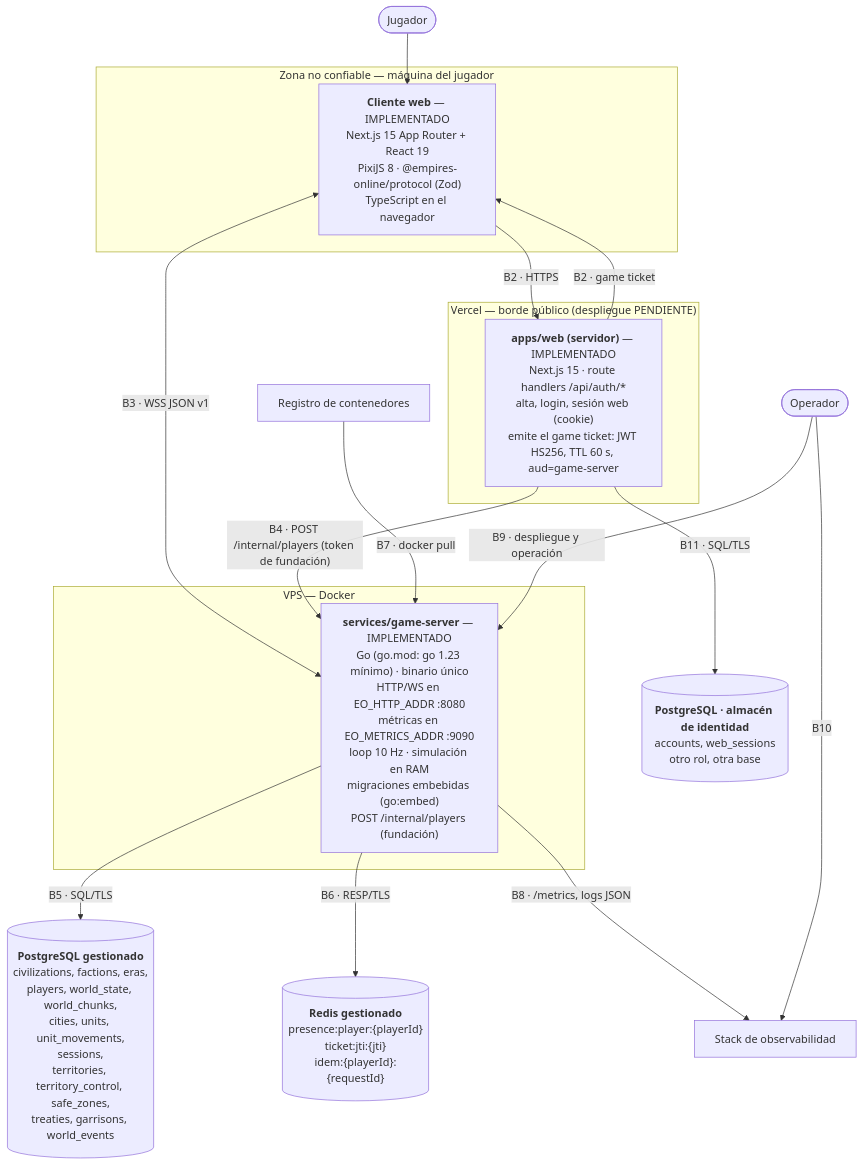
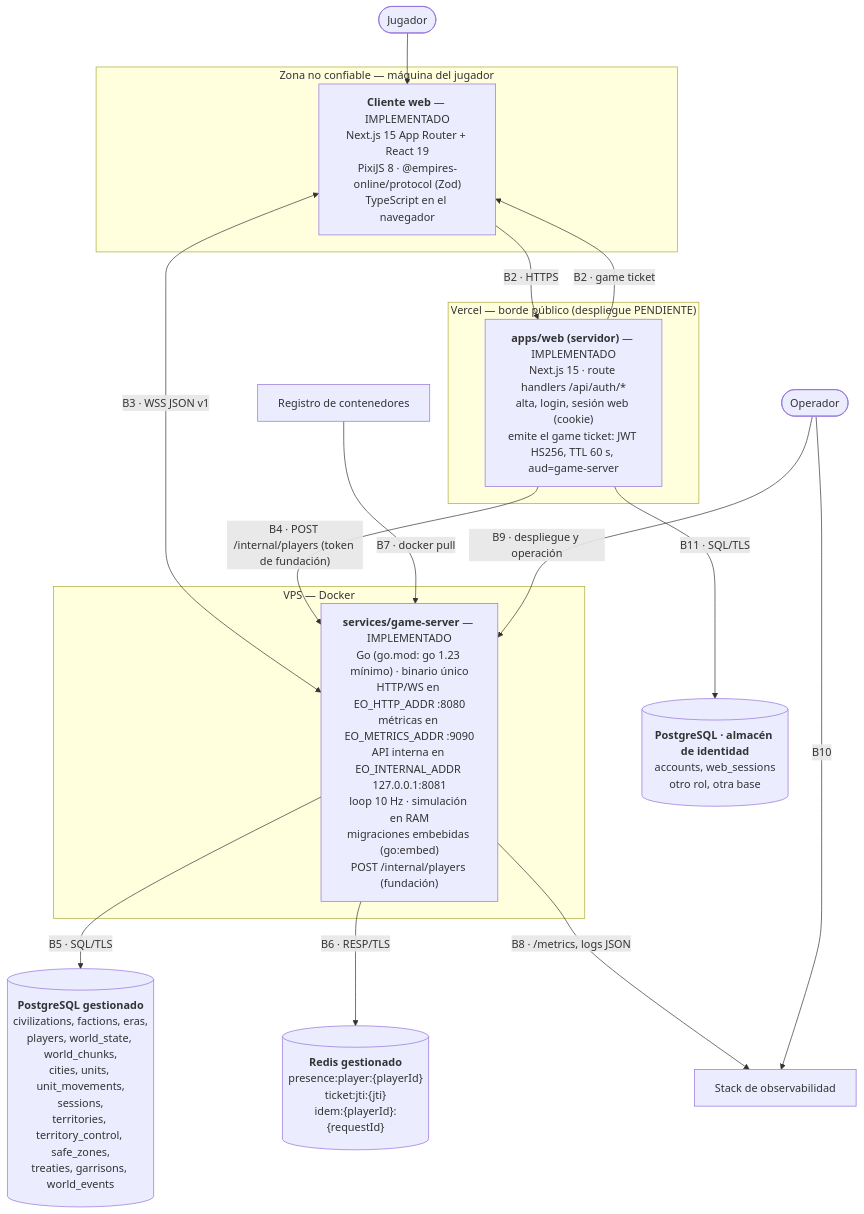
Before and after one commit to sonetlumiere-code/empires-online: the second of 2 diagrams in docs/architecture/system-context.md, drawn with Mermaid. The commit also changed 15 other files, not shown here.

````diff
--- a/docs/architecture/system-context.md
+++ b/docs/architecture/system-context.md
@@ -64,36 +64,36 @@
 ```mermaid
 flowchart TB
     PLAYER(["Jugador"])
     OPERATOR(["Operador"])
 
     subgraph untrusted["Zona no confiable — máquina del jugador"]
         SPA["<b>Cliente web</b> — IMPLEMENTADO<br/>Next.js 15 App Router + React 19<br/>PixiJS 8 · @empires-online/protocol (Zod)<br/>TypeScript en el navegador"]
     end
 
     subgraph edge["Vercel — borde público (despliegue PENDIENTE)"]
         NEXT["<b>apps/web (servidor)</b> — IMPLEMENTADO<br/>Next.js 15 · route handlers /api/auth/*<br/>alta, login, sesión web (cookie)<br/>emite el game ticket: JWT HS256, TTL 60 s, aud=game-server"]
     end
 
     subgraph vps["VPS — Docker"]
-        GS["<b>services/game-server</b> — IMPLEMENTADO<br/>Go (go.mod: go 1.23 mínimo) · binario único<br/>HTTP/WS en EO_HTTP_ADDR :8080<br/>métricas en EO_METRICS_ADDR :9090<br/>loop 10 Hz · simulación en RAM<br/>migraciones embebidas (go:embed)<br/>POST /internal/players (fundación)"]
+        GS["<b>services/game-server</b> — IMPLEMENTADO<br/>Go (go.mod: go 1.23 mínimo) · binario único<br/>HTTP/WS en EO_HTTP_ADDR :8080<br/>métricas en EO_METRICS_ADDR :9090<br/>API interna en EO_INTERNAL_ADDR 127.0.0.1:8081<br/>loop 10 Hz · simulación en RAM<br/>migraciones embebidas (go:embed)<br/>POST /internal/players (fundación)"]
     end
 
     PG[("<b>PostgreSQL gestionado</b><br/>civilizations, factions, eras,<br/>players, world_state, world_chunks,<br/>cities, units, unit_movements,<br/>sessions,<br/>territories, territory_control, safe_zones,<br/>treaties, garrisons, world_events")]
     ID[("<b>PostgreSQL · almacén de identidad</b><br/>accounts, web_sessions<br/>otro rol, otra base")]
     RD[("<b>Redis gestionado</b><br/>presence:player:{playerId}<br/>ticket:jti:{jti}<br/>idem:{playerId}:{requestId}")]
     REG["Registro de contenedores"]
     OBS["Stack de observabilidad"]
 
     PLAYER --> SPA
     SPA -->|"B2 · HTTPS"| NEXT
     NEXT -->|"B2 · game ticket"| SPA
     SPA <-->|"B3 · WSS JSON v1"| GS
     NEXT -->|"B4 · POST /internal/players (token de fundación)"| GS
     NEXT -->|"B11 · SQL/TLS"| ID
     GS -->|"B5 · SQL/TLS"| PG
     GS -->|"B6 · RESP/TLS"| RD
     REG -->|"B7 · docker pull"| GS
     GS -->|"B8 · /metrics, logs JSON"| OBS
     OPERATOR -->|"B9 · despliegue y operación"| GS
     OPERATOR -->|"B10"| OBS
 ```
````
